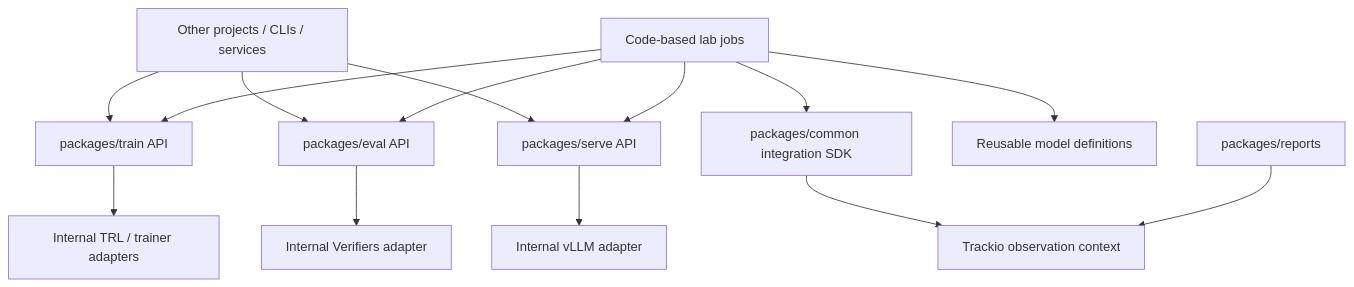
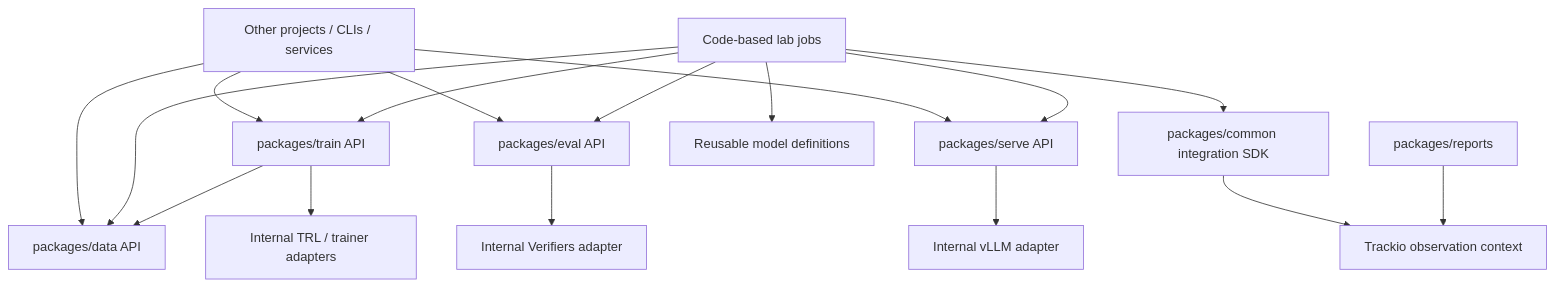
The diagram in docs/architecture/layers-and-ownership.md (carbonteq-ai/posttrain), drawn with Mermaid before and after one commit. The commit also changed other lines of this file and 371 other files, not shown here.

````diff
--- a/docs/architecture/layers-and-ownership.md
+++ b/docs/architecture/layers-and-ownership.md
@@ -14,16 +20,19 @@
 ```mermaid
 flowchart TB
+    P["Other projects / CLIs / services"] --> D["packages/data API"]
     P["Other projects / CLIs / services"] --> T["packages/train API"]
     P --> E["packages/eval API"]
     P --> S["packages/serve API"]
     J["Code-based lab jobs"] --> C["packages/common integration SDK"]
     J --> T
+    J --> D
     J --> E
     J --> S
     J --> M["Reusable model definitions"]
     T --> TI["Internal TRL / trainer adapters"]
+    T --> D
     E --> EI["Internal Verifiers adapter"]
     S --> SI["Internal vLLM adapter"]
     C --> O["Trackio observation context"]
     R["packages/reports"] --> O
 ```
````
